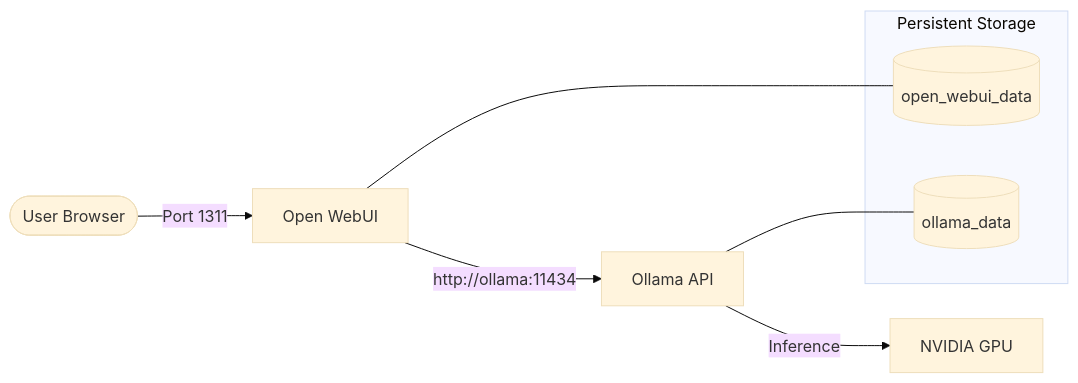
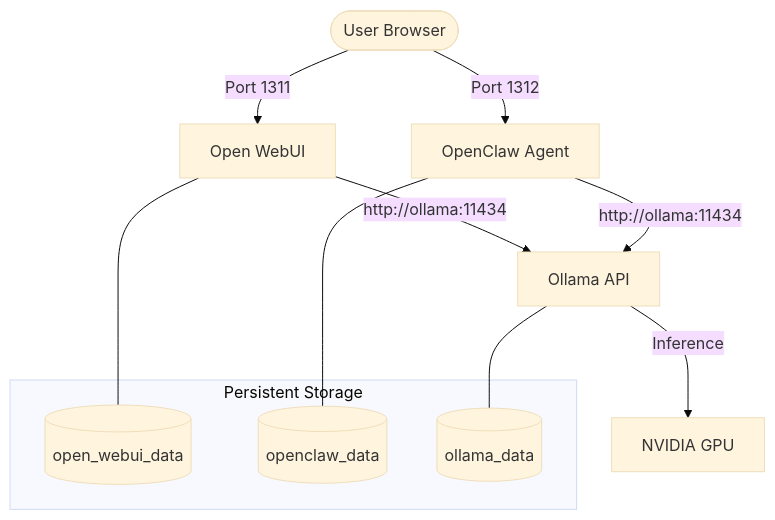
The diagram in .agent/architecture.md (sunitichuenarom/ollama-chatbot-local), drawn with Mermaid (base theme) before and after one commit. The commit also changed other lines of this file and 15 other files, not shown here.

Commit message:
feat: Add OpenClaw autonomous agent service to Docker Compose with initial configurations and documentation.

````diff
--- a/.agent/architecture.md
+++ b/.agent/architecture.md
@@ -26,14 +27,20 @@
 ```mermaid
-graph LR
+graph TD
     User([User Browser]) -- "Port 1311" --> WebUI[Open WebUI]
+    User -- "Port 1312" --> OpenClaw[OpenClaw Agent]
+    
     WebUI -- "http://ollama:11434" --> Ollama[Ollama API]
+    OpenClaw -- "http://ollama:11434" --> Ollama
+    
     Ollama -- "Inference" --> GPU[NVIDIA GPU]
     
     subgraph Persistent Storage
         WebUI_Vol[(open_webui_data)]
+        OpenClaw_Vol[(openclaw_data)]
         Ollama_Vol[(ollama_data)]
     end
     
     WebUI --- WebUI_Vol
+    OpenClaw --- OpenClaw_Vol
     Ollama --- Ollama_Vol
 ```
````
